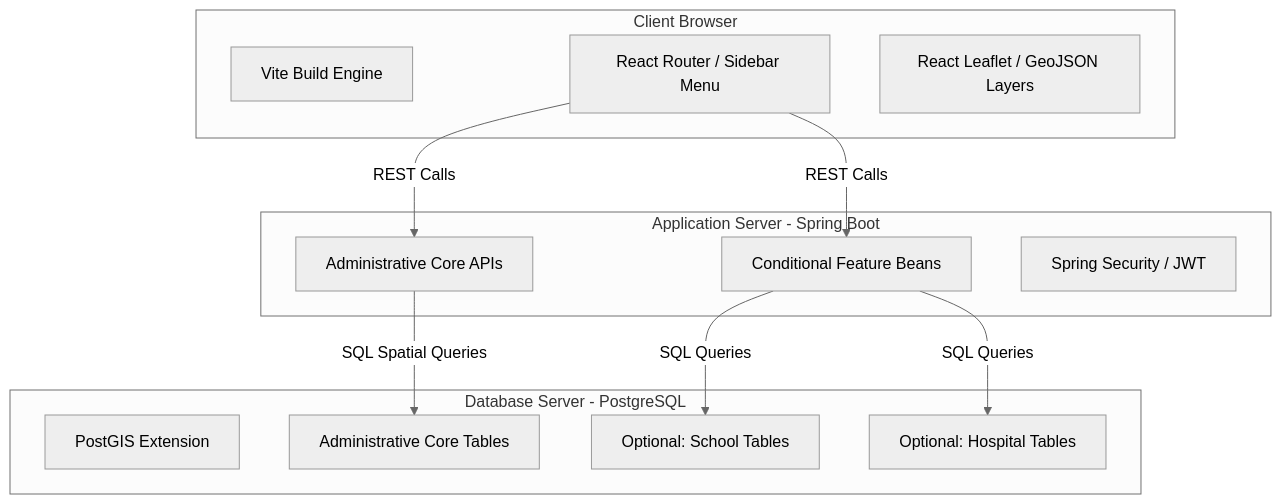
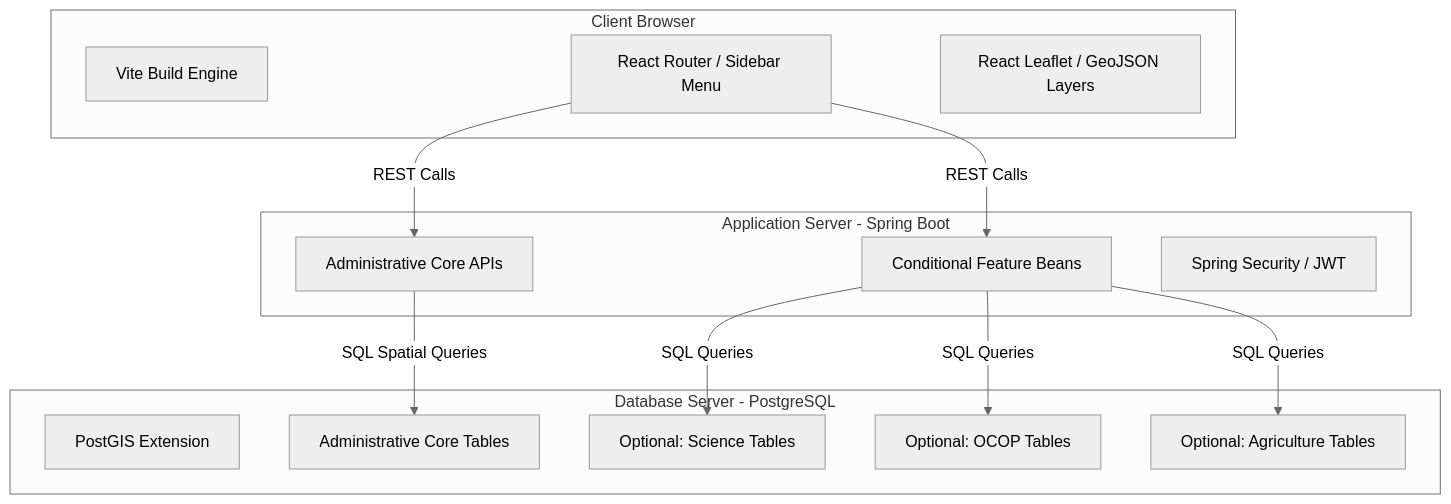
The first of 2 diagrams in docs/en/ARCHITECTURE SPECIFICATION.md (GMIOS25/WEB-GIS-TEMPLATE), drawn with Mermaid (neutral theme) before and after one commit. The commit also changed other lines of this file and 4 other files, not shown here.

First line of the commit message:
refactor(be): update feature modules and documentation for OCOP integration

````diff
--- a/docs/en/ARCHITECTURE SPECIFICATION.md
+++ b/docs/en/ARCHITECTURE SPECIFICATION.md
@@ -17,27 +17,29 @@
 ```mermaid
 graph TD
     subgraph Client [Client Browser]
         Vite[Vite Build Engine]
         React[React Router / Sidebar Menu]
         Map[React Leaflet / GeoJSON Layers]
     end
 
     subgraph Server [Application Server - Spring Boot]
         CoreAPI[Administrative Core APIs]
         FeatureRegistry[Conditional Feature Beans]
         Security[Spring Security / JWT]
     end
 
     subgraph Database [Database Server - PostgreSQL]
         PostGIS[PostGIS Extension]
         CoreSchema[Administrative Core Tables]
-        SchoolSchema[Optional: School Tables]
-        HospitalSchema[Optional: Hospital Tables]
+        ScienceSchema[Optional: Science Tables]
+        OcopSchema[Optional: OCOP Tables]
+        AgricultureSchema[Optional: Agriculture Tables]
     end
 
     React -->|REST Calls| CoreAPI
     React -->|REST Calls| FeatureRegistry
     CoreAPI -->|SQL Spatial Queries| CoreSchema
-    FeatureRegistry -->|SQL Queries| SchoolSchema
-    FeatureRegistry -->|SQL Queries| HospitalSchema
+    FeatureRegistry -->|SQL Queries| ScienceSchema
+    FeatureRegistry -->|SQL Queries| OcopSchema
+    FeatureRegistry -->|SQL Queries| AgricultureSchema
 ```
````
